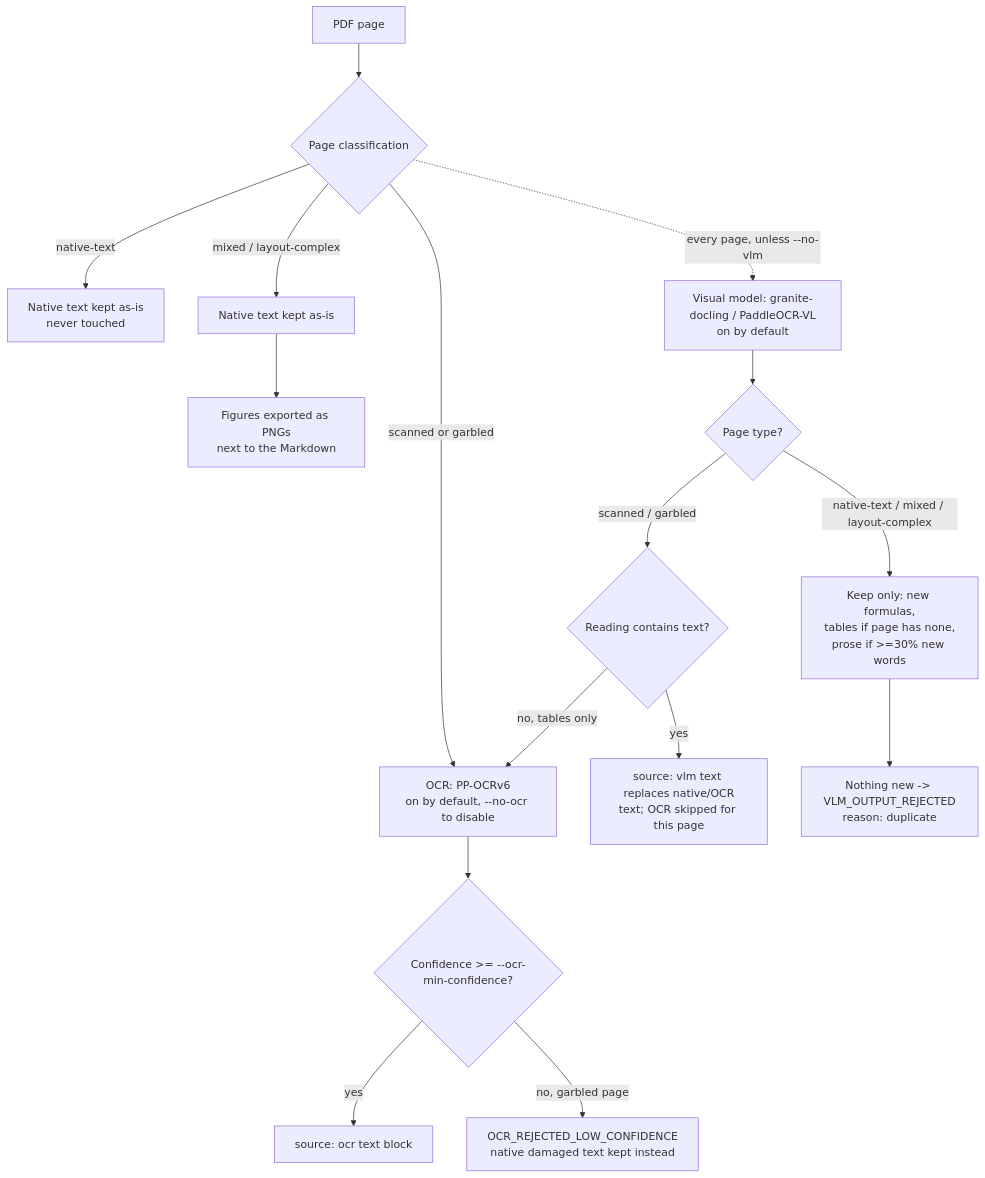
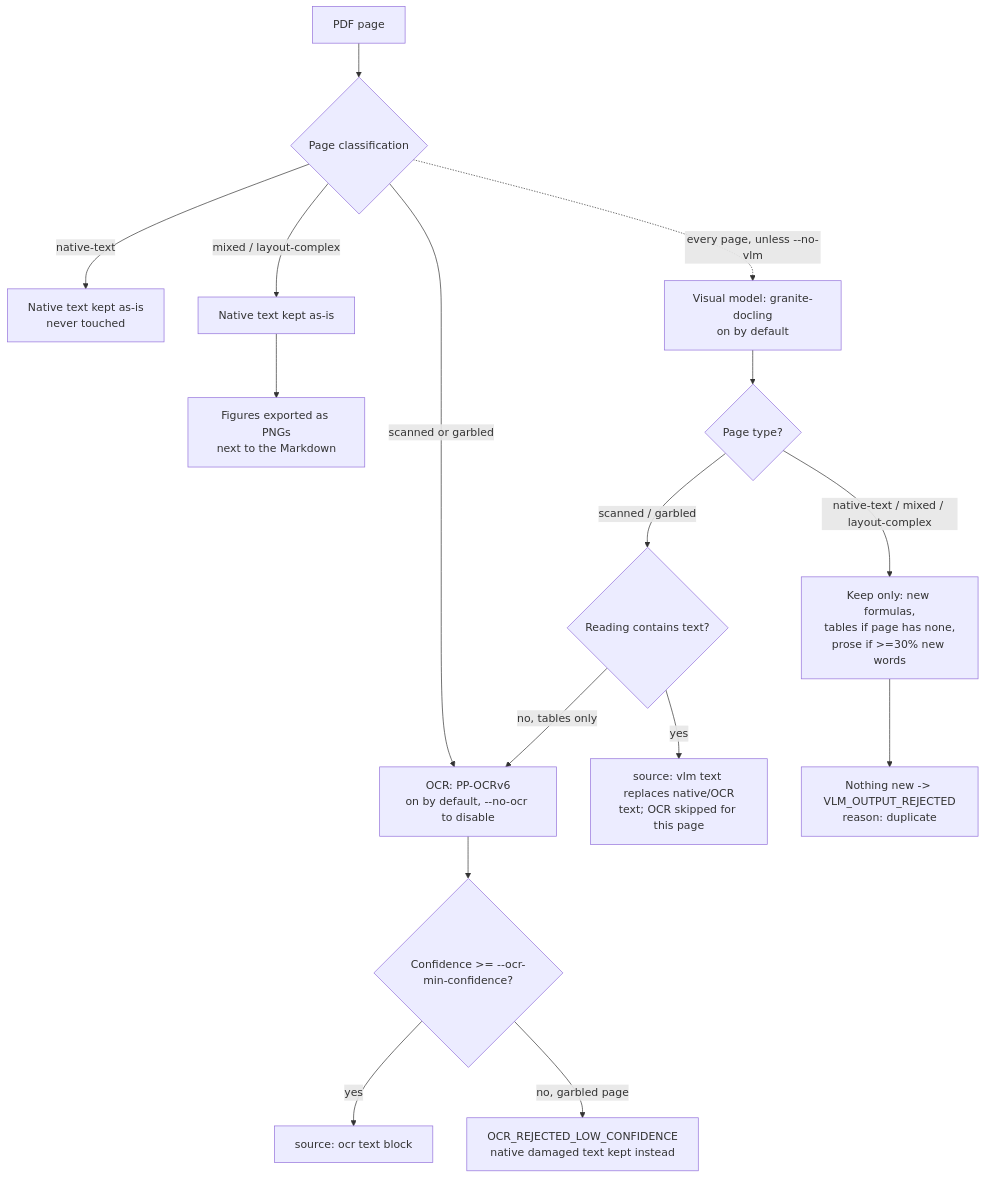
The diagram in README.md (hutuleac/pdf-extraction-update-VL), drawn with Mermaid before and after one commit. The commit also changed other lines of this file and 8 other files, not shown here.

First line of the commit message:
Rejoin granite's split Romanian diacritics against the document vocabulary; remove PaddleOCR-VL

````diff
--- a/README.md
+++ b/README.md
@@ -134,21 +134,21 @@
 ```mermaid
 flowchart TD
     P[PDF page] --> CLS{Page classification}
 
     CLS -->|native-text| NT[Native text kept as-is<br/>never touched]
     CLS -->|mixed / layout-complex| ML[Native text kept as-is]
     ML --> FIG[Figures exported as PNGs<br/>next to the Markdown]
 
     CLS -->|scanned or garbled| OCR[OCR: PP-OCRv6<br/>on by default, --no-ocr to disable]
     OCR --> CONF{Confidence >= --ocr-min-confidence?}
     CONF -->|yes| OCRTEXT["source: ocr" text block]
     CONF -->|no, garbled page| REJECT[OCR_REJECTED_LOW_CONFIDENCE<br/>native damaged text kept instead]
 
-    CLS -.->|every page, unless --no-vlm| VLM[Visual model: granite-docling / PaddleOCR-VL<br/>on by default]
+    CLS -.->|every page, unless --no-vlm| VLM[Visual model: granite-docling<br/>on by default]
     VLM --> KIND{Page type?}
     KIND -->|scanned / garbled| REPLACE{Reading contains text?}
     REPLACE -->|yes| WIN["source: vlm" text replaces native/OCR<br/>text; OCR skipped for this page]
     REPLACE -->|no, tables only| OCR
     KIND -->|native-text / mixed / layout-complex| FILTER[Keep only: new formulas,<br/>tables if page has none,<br/>prose if >=30% new words]
     FILTER --> DUP[Nothing new -> VLM_OUTPUT_REJECTED<br/>reason: duplicate]
 ```
````
